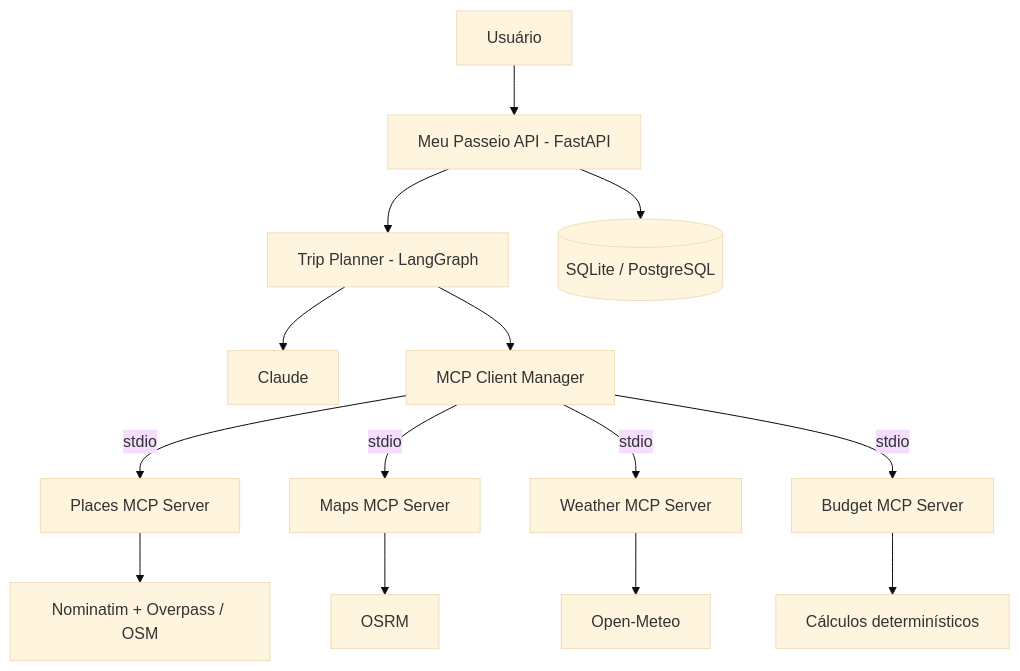
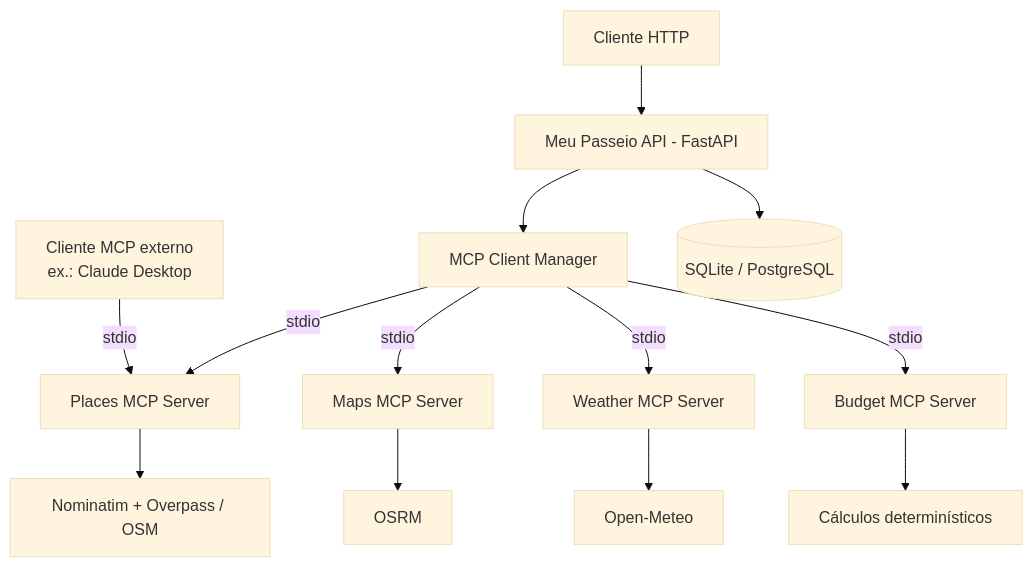
Before and after one commit to otaviosbms/meu-passeio-mcp: the diagram in README.md, drawn with Mermaid (base theme). The commit also changed other lines of this file and 42 other files, not shown here.

First line of the commit message:
refactor: remove orquestração/IA e centraliza textos em meu_passeio.texts

````diff
--- a/README.md
+++ b/README.md
@@ -15,16 +16,15 @@
 ```mermaid
 flowchart TD
-    U[Usuário] --> API[Meu Passeio API - FastAPI]
-    API --> TL[Trip Planner - LangGraph]
-    TL --> LLM[Claude]
-    TL --> MCP[MCP Client Manager]
+    C[Cliente MCP externo<br/>ex.: Claude Desktop] -- stdio --> P
+    U[Cliente HTTP] --> API[Meu Passeio API - FastAPI]
+    API --> MCP[MCP Client Manager]
     MCP -- stdio --> P[Places MCP Server]
     MCP -- stdio --> M[Maps MCP Server]
     MCP -- stdio --> W[Weather MCP Server]
     MCP -- stdio --> B[Budget MCP Server]
     P --> PA[Nominatim + Overpass / OSM]
     M --> MA[OSRM]
     W --> WA[Open-Meteo]
     B --> BC[Cálculos determinísticos]
     API --> DB[(SQLite / PostgreSQL)]
 ```
````
